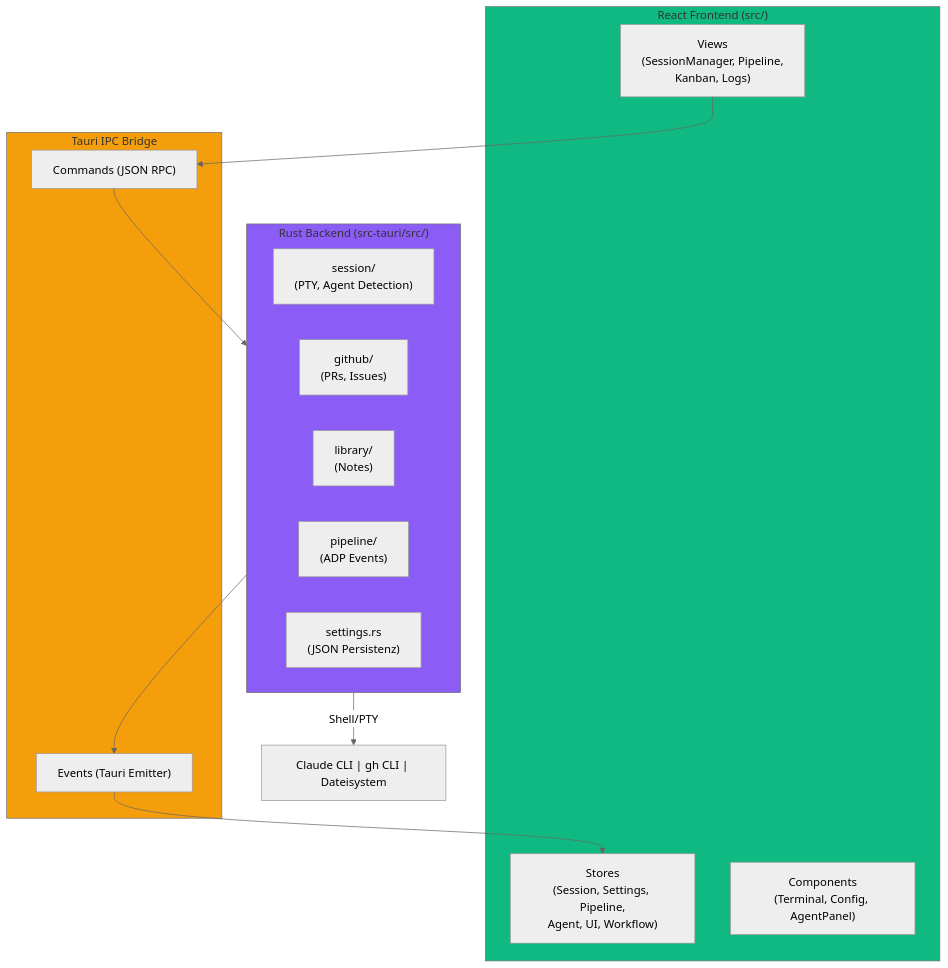
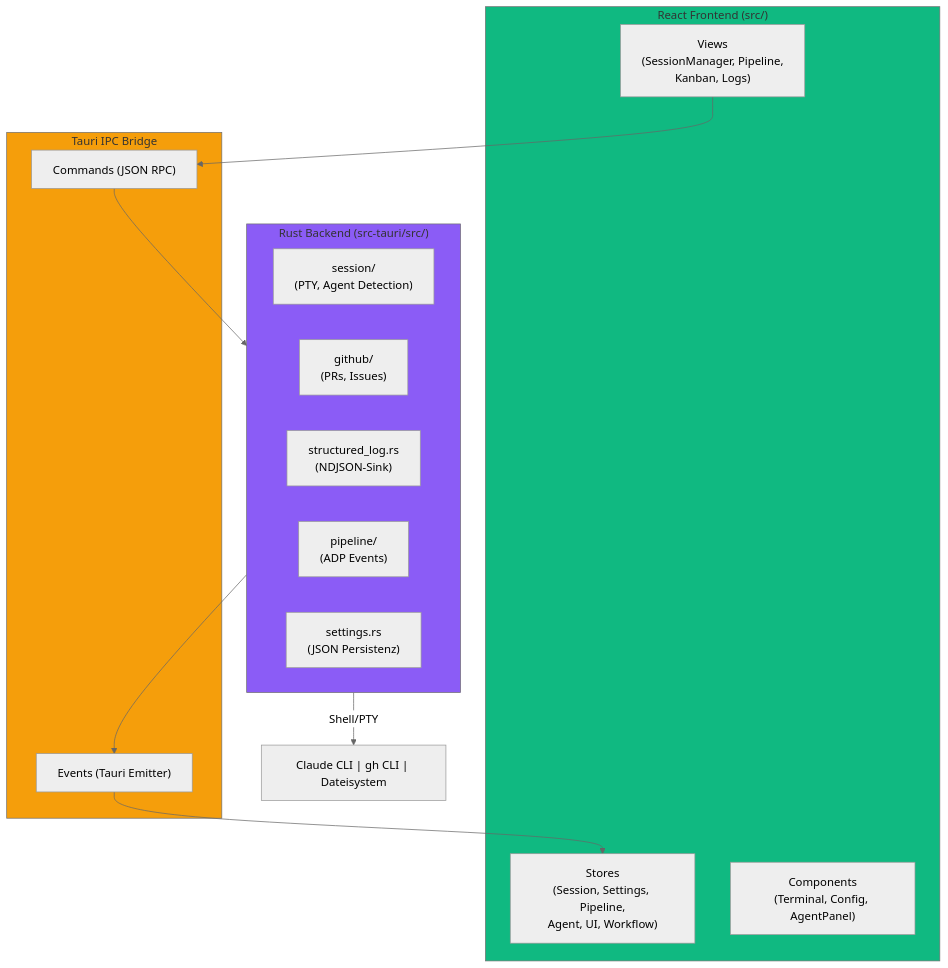
One commit to ARO-LABS/smashq changed the seventh of 24 diagrams in Softwareprozess/arc42-specification.md. Above: the diagram before and after it, drawn with Mermaid (neutral theme). The commit also changed other lines of this file and 4 other files, not shown here.

````diff
--- a/Softwareprozess/arc42-specification.md
+++ b/Softwareprozess/arc42-specification.md
@@ -323,33 +323,33 @@
 ```mermaid
 graph TB
     subgraph Frontend["React Frontend (src/)"]
         Views["Views<br/>(SessionManager, Pipeline,<br/>Kanban, Logs)"]
         Stores["Stores<br/>(Session, Settings, Pipeline,<br/>Agent, UI, Workflow)"]
         Comps["Components<br/>(Terminal, Config, AgentPanel)"]
     end
 
     subgraph IPC["Tauri IPC Bridge"]
         Commands["Commands (JSON RPC)"]
         Events["Events (Tauri Emitter)"]
     end
 
     subgraph Backend["Rust Backend (src-tauri/src/)"]
         Session["session/<br/>(PTY, Agent Detection)"]
         GitHubMod["github/<br/>(PRs, Issues)"]
-        Library["library/<br/>(Notes)"]
+        StructLog["structured_log.rs<br/>(NDJSON-Sink)"]
         Pipeline["pipeline/<br/>(ADP Events)"]
         SettingsMod["settings.rs<br/>(JSON Persistenz)"]
     end
 
     External["Claude CLI | gh CLI | Dateisystem"]
 
     Views --> Commands
     Events --> Stores
     Commands --> Backend
     Backend --> Events
     Backend -->|Shell/PTY| External
 
     style Frontend fill:#10b981
     style IPC fill:#f59e0b
     style Backend fill:#8b5cf6
 ```
````
